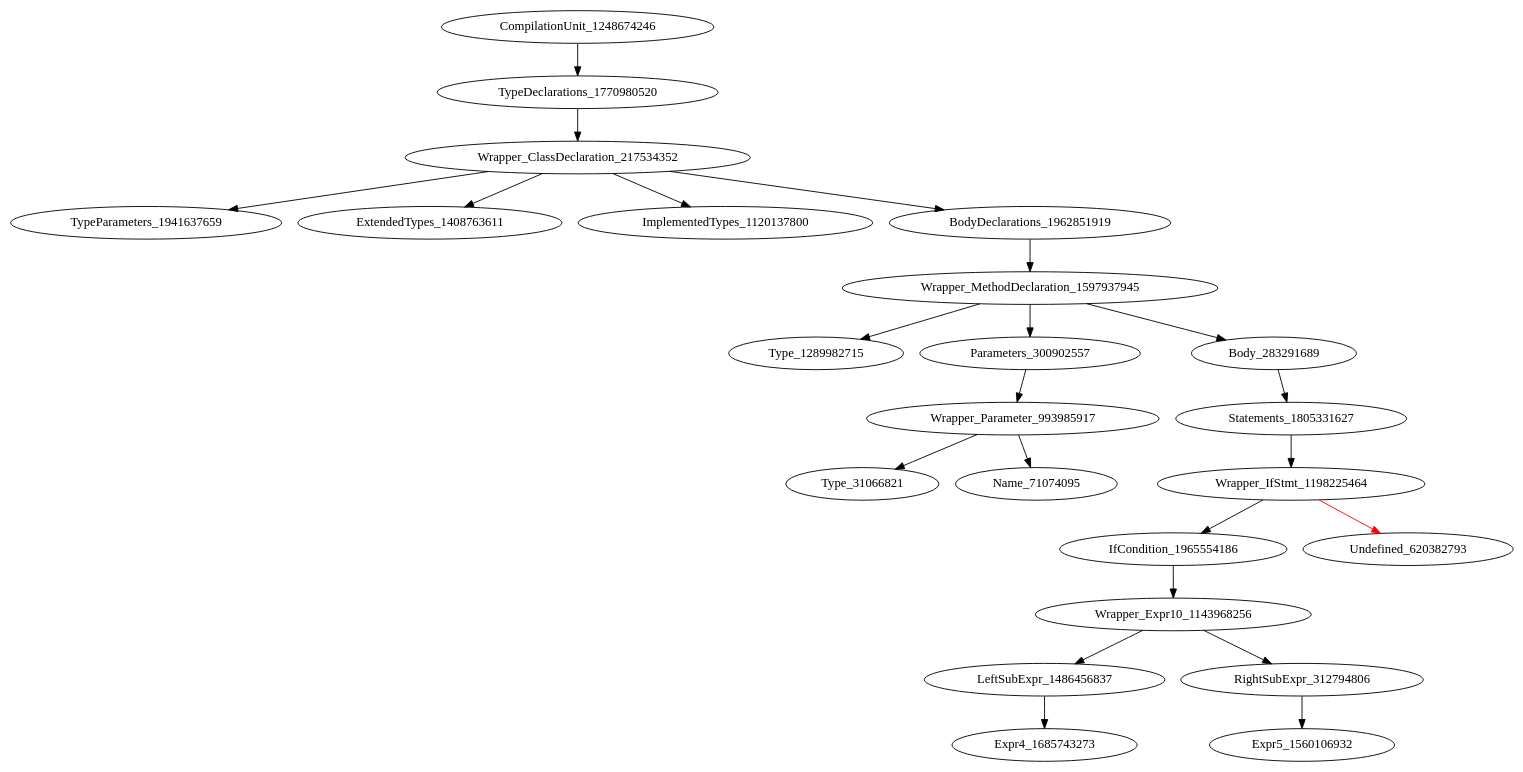
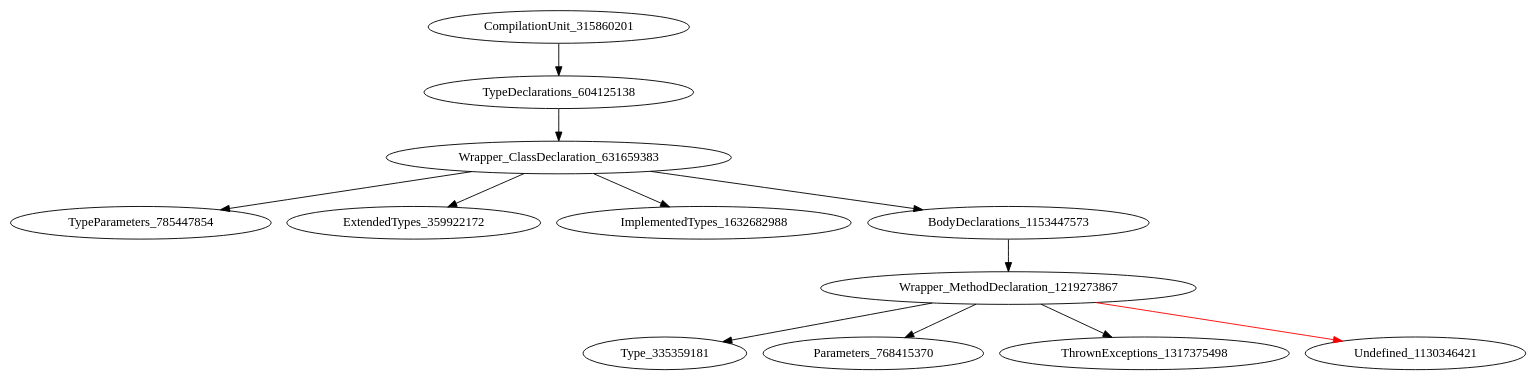
One commit to icse2023material/VoiceJava changed the diagram in holeAST.dot. Above: the diagram before and after it, drawn with Graphviz. The commit also changed 4 other files, not shown here.

```diff
--- a/holeAST.dot
+++ b/holeAST.dot
@@ -1,24 +1,13 @@
 digraph {
-CompilationUnit_1248674246 -> TypeDeclarations_1770980520
-TypeDeclarations_1770980520 -> Wrapper_ClassDeclaration_217534352
-Wrapper_ClassDeclaration_217534352 -> TypeParameters_1941637659
-Wrapper_ClassDeclaration_217534352 -> ExtendedTypes_1408763611
-Wrapper_ClassDeclaration_217534352 -> ImplementedTypes_1120137800
-Wrapper_ClassDeclaration_217534352 -> BodyDeclarations_1962851919
-BodyDeclarations_1962851919 -> Wrapper_MethodDeclaration_1597937945
-Wrapper_MethodDeclaration_1597937945 -> Type_1289982715
-Wrapper_MethodDeclaration_1597937945 -> Parameters_300902557
-Wrapper_MethodDeclaration_1597937945 -> Body_283291689
-Parameters_300902557 -> Wrapper_Parameter_993985917
-Body_283291689 -> Statements_1805331627
-Wrapper_Parameter_993985917 -> Type_31066821
-Wrapper_Parameter_993985917 -> Name_71074095
-Statements_1805331627 -> Wrapper_IfStmt_1198225464
-Wrapper_IfStmt_1198225464 -> IfCondition_1965554186
-Wrapper_IfStmt_1198225464 -> Undefined_620382793 [color = red] 
-IfCondition_1965554186 -> Wrapper_Expr10_1143968256
-Wrapper_Expr10_1143968256 -> LeftSubExpr_1486456837
-Wrapper_Expr10_1143968256 -> RightSubExpr_312794806
-LeftSubExpr_1486456837 -> Expr4_1685743273
-RightSubExpr_312794806 -> Expr5_1560106932
+CompilationUnit_315860201 -> TypeDeclarations_604125138
+TypeDeclarations_604125138 -> Wrapper_ClassDeclaration_631659383
+Wrapper_ClassDeclaration_631659383 -> TypeParameters_785447854
+Wrapper_ClassDeclaration_631659383 -> ExtendedTypes_359922172
+Wrapper_ClassDeclaration_631659383 -> ImplementedTypes_1632682988
+Wrapper_ClassDeclaration_631659383 -> BodyDeclarations_1153447573
+BodyDeclarations_1153447573 -> Wrapper_MethodDeclaration_1219273867
+Wrapper_MethodDeclaration_1219273867 -> Type_335359181
+Wrapper_MethodDeclaration_1219273867 -> Parameters_768415370
+Wrapper_MethodDeclaration_1219273867 -> ThrownExceptions_1317375498
+Wrapper_MethodDeclaration_1219273867 -> Undefined_1130346421 [color = red] 
 }
```
